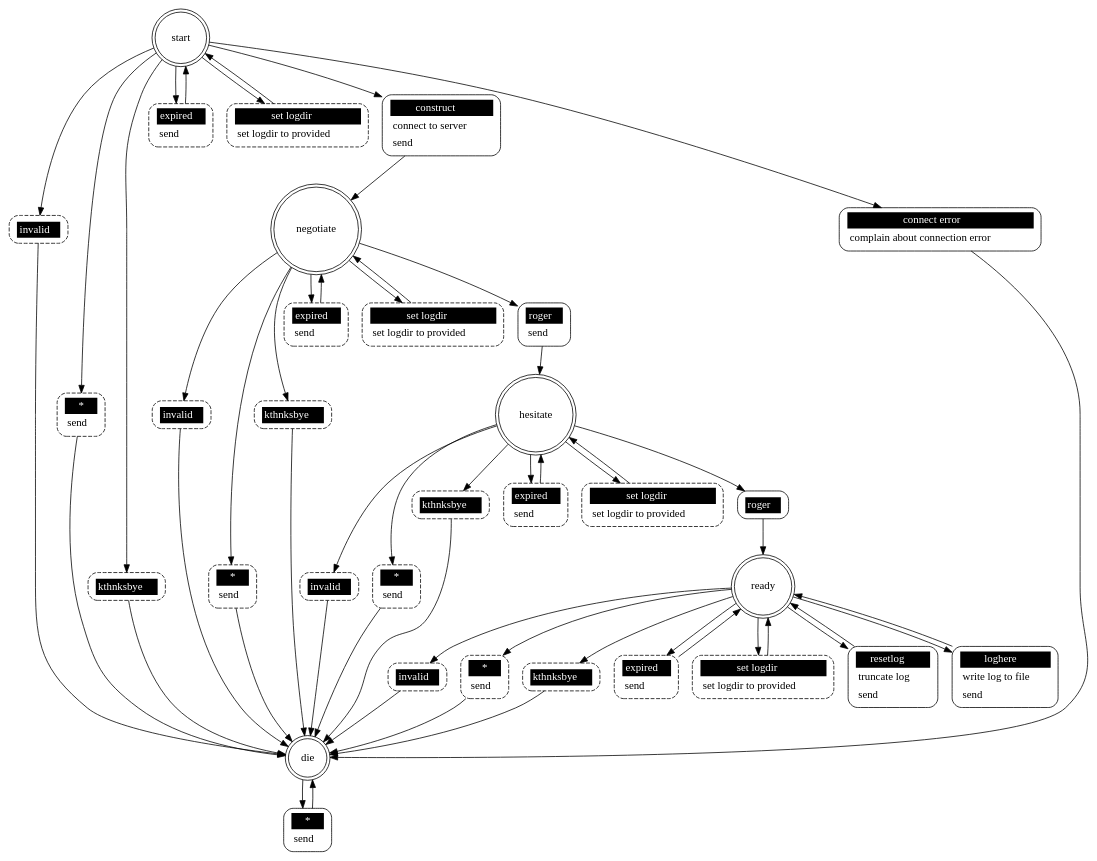
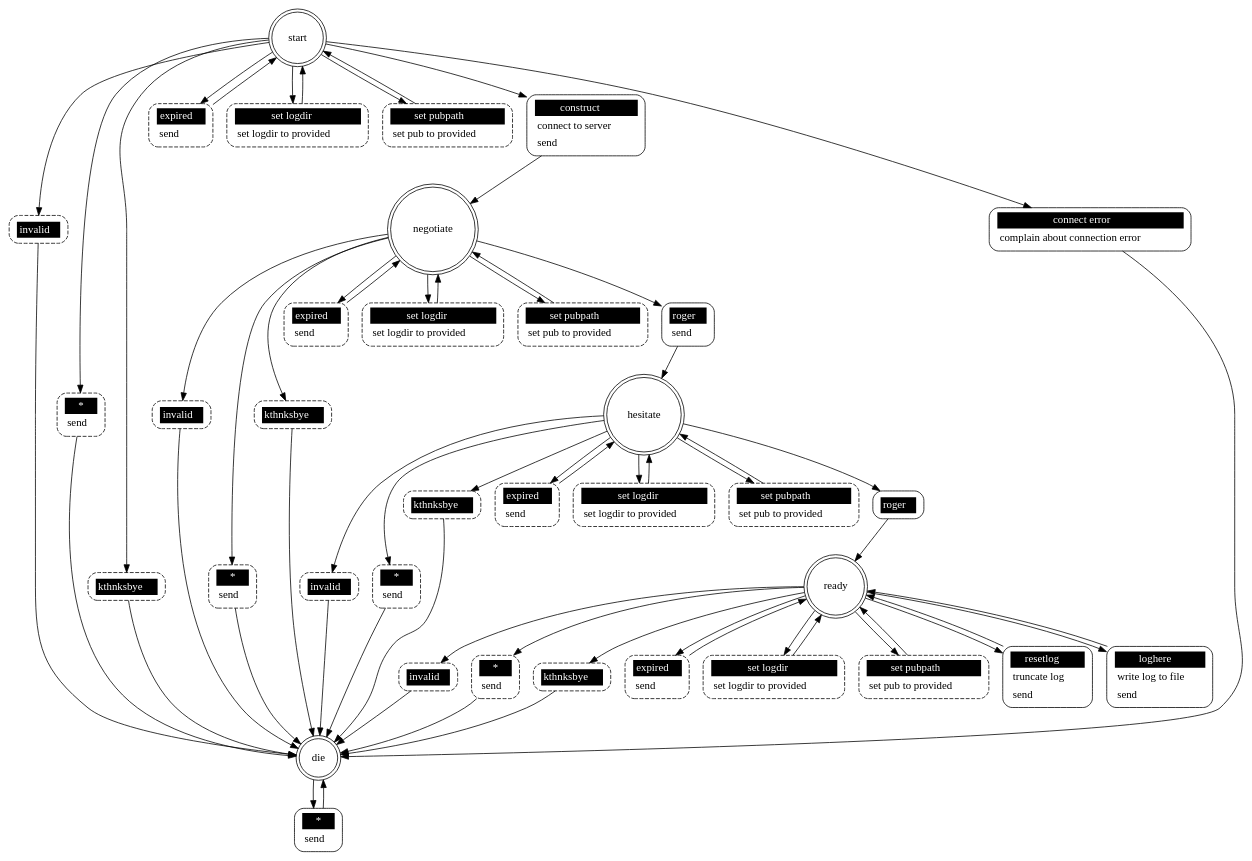
Before and after one commit to Vaelatern/dxpb: the diagram in src/pkggraph_filer.dot, drawn with Graphviz. The commit also changed 23 other files, not shown here.

```diff
--- a/src/pkggraph_filer.dot
+++ b/src/pkggraph_filer.dot
@@ -1,94 +1,106 @@
 ## Automatically generated from pkggraph_filer.xml by gsl
 digraph "pkggraph_filer" {
 
  "start" [shape = "doublecircle"];
  "start invalid" [shape = "Mrecord" style = dashed label = <<table border="0" cellborder="0" cellpadding="3" bgcolor="white"><tr><td bgcolor="black" align="center" colspan="2"><font color="white">invalid</font></td></tr></table>>];
  "start" -> "start invalid";
  "start invalid" -> "die";
  "start *" [shape = "Mrecord" style = dashed label = <<table border="0" cellborder="0" cellpadding="3" bgcolor="white"><tr><td bgcolor="black" align="center" colspan="2"><font color="white">*</font></td></tr><tr><td align="left" port="r3">send</td></tr></table>>];
  "start" -> "start *";
  "start *" -> "die";
  "start kthnksbye" [shape = "Mrecord" style = dashed label = <<table border="0" cellborder="0" cellpadding="3" bgcolor="white"><tr><td bgcolor="black" align="center" colspan="2"><font color="white">kthnksbye</font></td></tr></table>>];
  "start" -> "start kthnksbye";
  "start kthnksbye" -> "die";
  "start expired" [shape = "Mrecord" style = dashed label = <<table border="0" cellborder="0" cellpadding="3" bgcolor="white"><tr><td bgcolor="black" align="center" colspan="2"><font color="white">expired</font></td></tr><tr><td align="left" port="r3">send</td></tr></table>>];
  "start" -> "start expired";
  "start expired" -> "start";
  "start set logdir" [shape = "Mrecord" style = dashed label = <<table border="0" cellborder="0" cellpadding="3" bgcolor="white"><tr><td bgcolor="black" align="center" colspan="2"><font color="white">set logdir</font></td></tr><tr><td align="left" port="r3">set logdir to provided</td></tr></table>>];
  "start" -> "start set logdir";
  "start set logdir" -> "start";
+ "start set pubpath" [shape = "Mrecord" style = dashed label = <<table border="0" cellborder="0" cellpadding="3" bgcolor="white"><tr><td bgcolor="black" align="center" colspan="2"><font color="white">set pubpath</font></td></tr><tr><td align="left" port="r3">set pub to provided</td></tr></table>>];
+ "start" -> "start set pubpath";
+ "start set pubpath" -> "start";
  "start construct" [shape = "Mrecord" style = solid label = <<table border="0" cellborder="0" cellpadding="3" bgcolor="white"><tr><td bgcolor="black" align="center" colspan="2"><font color="white">construct</font></td></tr><tr><td align="left" port="r3">connect to server</td></tr><tr><td align="left" port="r3">send</td></tr></table>>];
  "start" -> "start construct";
  "start construct" -> "negotiate";
  "start connect error" [shape = "Mrecord" style = solid label = <<table border="0" cellborder="0" cellpadding="3" bgcolor="white"><tr><td bgcolor="black" align="center" colspan="2"><font color="white">connect error</font></td></tr><tr><td align="left" port="r3">complain about connection error</td></tr></table>>];
  "start" -> "start connect error";
  "start connect error" -> "die";
 
  "negotiate" [shape = "doublecircle"];
  "negotiate invalid" [shape = "Mrecord" style = dashed label = <<table border="0" cellborder="0" cellpadding="3" bgcolor="white"><tr><td bgcolor="black" align="center" colspan="2"><font color="white">invalid</font></td></tr></table>>];
  "negotiate" -> "negotiate invalid";
  "negotiate invalid" -> "die";
  "negotiate *" [shape = "Mrecord" style = dashed label = <<table border="0" cellborder="0" cellpadding="3" bgcolor="white"><tr><td bgcolor="black" align="center" colspan="2"><font color="white">*</font></td></tr><tr><td align="left" port="r3">send</td></tr></table>>];
  "negotiate" -> "negotiate *";
  "negotiate *" -> "die";
  "negotiate kthnksbye" [shape = "Mrecord" style = dashed label = <<table border="0" cellborder="0" cellpadding="3" bgcolor="white"><tr><td bgcolor="black" align="center" colspan="2"><font color="white">kthnksbye</font></td></tr></table>>];
  "negotiate" -> "negotiate kthnksbye";
  "negotiate kthnksbye" -> "die";
  "negotiate expired" [shape = "Mrecord" style = dashed label = <<table border="0" cellborder="0" cellpadding="3" bgcolor="white"><tr><td bgcolor="black" align="center" colspan="2"><font color="white">expired</font></td></tr><tr><td align="left" port="r3">send</td></tr></table>>];
  "negotiate" -> "negotiate expired";
  "negotiate expired" -> "negotiate";
  "negotiate set logdir" [shape = "Mrecord" style = dashed label = <<table border="0" cellborder="0" cellpadding="3" bgcolor="white"><tr><td bgcolor="black" align="center" colspan="2"><font color="white">set logdir</font></td></tr><tr><td align="left" port="r3">set logdir to provided</td></tr></table>>];
  "negotiate" -> "negotiate set logdir";
  "negotiate set logdir" -> "negotiate";
+ "negotiate set pubpath" [shape = "Mrecord" style = dashed label = <<table border="0" cellborder="0" cellpadding="3" bgcolor="white"><tr><td bgcolor="black" align="center" colspan="2"><font color="white">set pubpath</font></td></tr><tr><td align="left" port="r3">set pub to provided</td></tr></table>>];
+ "negotiate" -> "negotiate set pubpath";
+ "negotiate set pubpath" -> "negotiate";
  "negotiate roger" [shape = "Mrecord" style = solid label = <<table border="0" cellborder="0" cellpadding="3" bgcolor="white"><tr><td bgcolor="black" align="center" colspan="2"><font color="white">roger</font></td></tr><tr><td align="left" port="r3">send</td></tr></table>>];
  "negotiate" -> "negotiate roger";
  "negotiate roger" -> "hesitate";
 
  "hesitate" [shape = "doublecircle"];
  "hesitate invalid" [shape = "Mrecord" style = dashed label = <<table border="0" cellborder="0" cellpadding="3" bgcolor="white"><tr><td bgcolor="black" align="center" colspan="2"><font color="white">invalid</font></td></tr></table>>];
  "hesitate" -> "hesitate invalid";
  "hesitate invalid" -> "die";
  "hesitate *" [shape = "Mrecord" style = dashed label = <<table border="0" cellborder="0" cellpadding="3" bgcolor="white"><tr><td bgcolor="black" align="center" colspan="2"><font color="white">*</font></td></tr><tr><td align="left" port="r3">send</td></tr></table>>];
  "hesitate" -> "hesitate *";
  "hesitate *" -> "die";
  "hesitate kthnksbye" [shape = "Mrecord" style = dashed label = <<table border="0" cellborder="0" cellpadding="3" bgcolor="white"><tr><td bgcolor="black" align="center" colspan="2"><font color="white">kthnksbye</font></td></tr></table>>];
  "hesitate" -> "hesitate kthnksbye";
  "hesitate kthnksbye" -> "die";
  "hesitate expired" [shape = "Mrecord" style = dashed label = <<table border="0" cellborder="0" cellpadding="3" bgcolor="white"><tr><td bgcolor="black" align="center" colspan="2"><font color="white">expired</font></td></tr><tr><td align="left" port="r3">send</td></tr></table>>];
  "hesitate" -> "hesitate expired";
  "hesitate expired" -> "hesitate";
  "hesitate set logdir" [shape = "Mrecord" style = dashed label = <<table border="0" cellborder="0" cellpadding="3" bgcolor="white"><tr><td bgcolor="black" align="center" colspan="2"><font color="white">set logdir</font></td></tr><tr><td align="left" port="r3">set logdir to provided</td></tr></table>>];
  "hesitate" -> "hesitate set logdir";
  "hesitate set logdir" -> "hesitate";
+ "hesitate set pubpath" [shape = "Mrecord" style = dashed label = <<table border="0" cellborder="0" cellpadding="3" bgcolor="white"><tr><td bgcolor="black" align="center" colspan="2"><font color="white">set pubpath</font></td></tr><tr><td align="left" port="r3">set pub to provided</td></tr></table>>];
+ "hesitate" -> "hesitate set pubpath";
+ "hesitate set pubpath" -> "hesitate";
  "hesitate roger" [shape = "Mrecord" style = solid label = <<table border="0" cellborder="0" cellpadding="3" bgcolor="white"><tr><td bgcolor="black" align="center" colspan="2"><font color="white">roger</font></td></tr></table>>];
  "hesitate" -> "hesitate roger";
  "hesitate roger" -> "ready";
 
  "ready" [shape = "doublecircle"];
  "ready invalid" [shape = "Mrecord" style = dashed label = <<table border="0" cellborder="0" cellpadding="3" bgcolor="white"><tr><td bgcolor="black" align="center" colspan="2"><font color="white">invalid</font></td></tr></table>>];
  "ready" -> "ready invalid";
  "ready invalid" -> "die";
  "ready *" [shape = "Mrecord" style = dashed label = <<table border="0" cellborder="0" cellpadding="3" bgcolor="white"><tr><td bgcolor="black" align="center" colspan="2"><font color="white">*</font></td></tr><tr><td align="left" port="r3">send</td></tr></table>>];
  "ready" -> "ready *";
  "ready *" -> "die";
  "ready kthnksbye" [shape = "Mrecord" style = dashed label = <<table border="0" cellborder="0" cellpadding="3" bgcolor="white"><tr><td bgcolor="black" align="center" colspan="2"><font color="white">kthnksbye</font></td></tr></table>>];
  "ready" -> "ready kthnksbye";
  "ready kthnksbye" -> "die";
  "ready expired" [shape = "Mrecord" style = dashed label = <<table border="0" cellborder="0" cellpadding="3" bgcolor="white"><tr><td bgcolor="black" align="center" colspan="2"><font color="white">expired</font></td></tr><tr><td align="left" port="r3">send</td></tr></table>>];
  "ready" -> "ready expired";
  "ready expired" -> "ready";
  "ready set logdir" [shape = "Mrecord" style = dashed label = <<table border="0" cellborder="0" cellpadding="3" bgcolor="white"><tr><td bgcolor="black" align="center" colspan="2"><font color="white">set logdir</font></td></tr><tr><td align="left" port="r3">set logdir to provided</td></tr></table>>];
  "ready" -> "ready set logdir";
  "ready set logdir" -> "ready";
+ "ready set pubpath" [shape = "Mrecord" style = dashed label = <<table border="0" cellborder="0" cellpadding="3" bgcolor="white"><tr><td bgcolor="black" align="center" colspan="2"><font color="white">set pubpath</font></td></tr><tr><td align="left" port="r3">set pub to provided</td></tr></table>>];
+ "ready" -> "ready set pubpath";
+ "ready set pubpath" -> "ready";
  "ready resetlog" [shape = "Mrecord" style = solid label = <<table border="0" cellborder="0" cellpadding="3" bgcolor="white"><tr><td bgcolor="black" align="center" colspan="2"><font color="white">resetlog</font></td></tr><tr><td align="left" port="r3">truncate log</td></tr><tr><td align="left" port="r3">send</td></tr></table>>];
  "ready" -> "ready resetlog";
  "ready resetlog" -> "ready";
  "ready loghere" [shape = "Mrecord" style = solid label = <<table border="0" cellborder="0" cellpadding="3" bgcolor="white"><tr><td bgcolor="black" align="center" colspan="2"><font color="white">loghere</font></td></tr><tr><td align="left" port="r3">write log to file</td></tr><tr><td align="left" port="r3">send</td></tr></table>>];
  "ready" -> "ready loghere";
  "ready loghere" -> "ready";
 
  "die" [shape = "doublecircle"];
  "die *" [shape = "Mrecord" style = solid label = <<table border="0" cellborder="0" cellpadding="3" bgcolor="white"><tr><td bgcolor="black" align="center" colspan="2"><font color="white">*</font></td></tr><tr><td align="left" port="r3">send</td></tr></table>>];
  "die" -> "die *";
  "die *" -> "die";
 }
```
